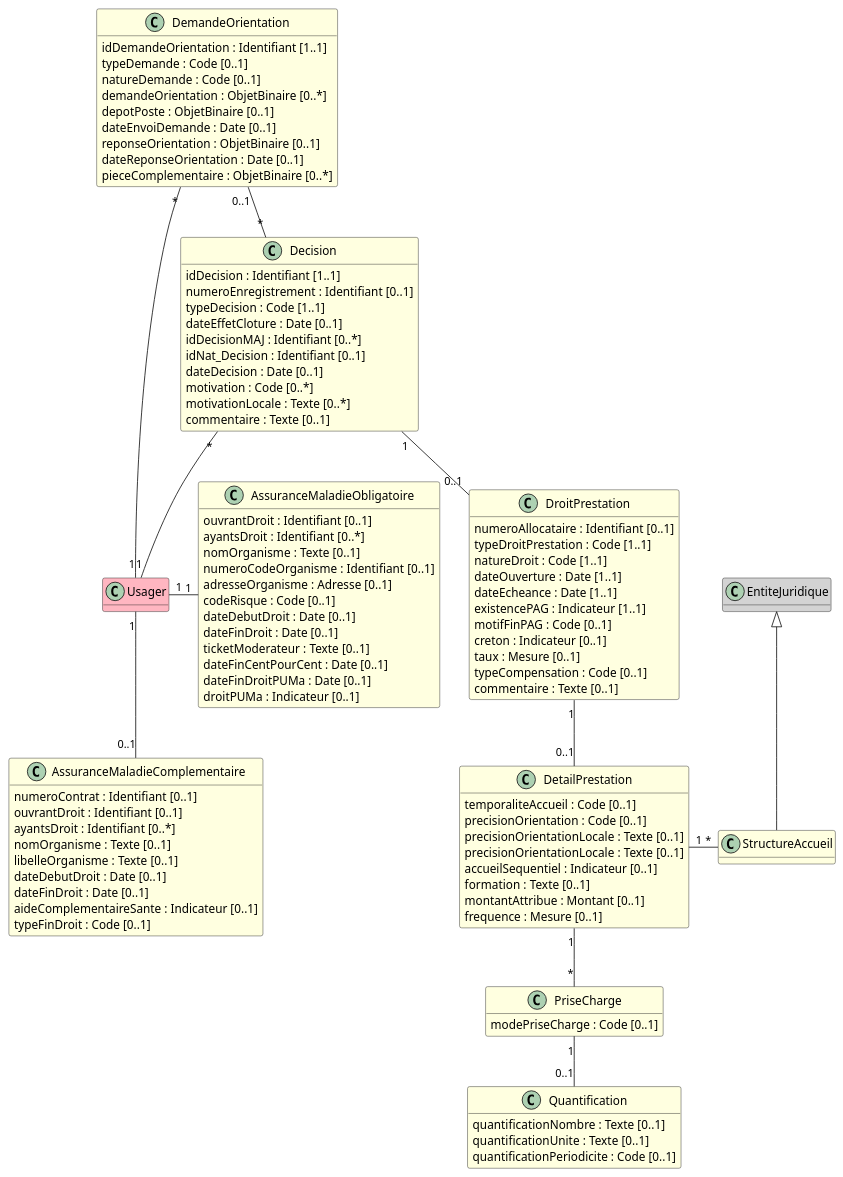
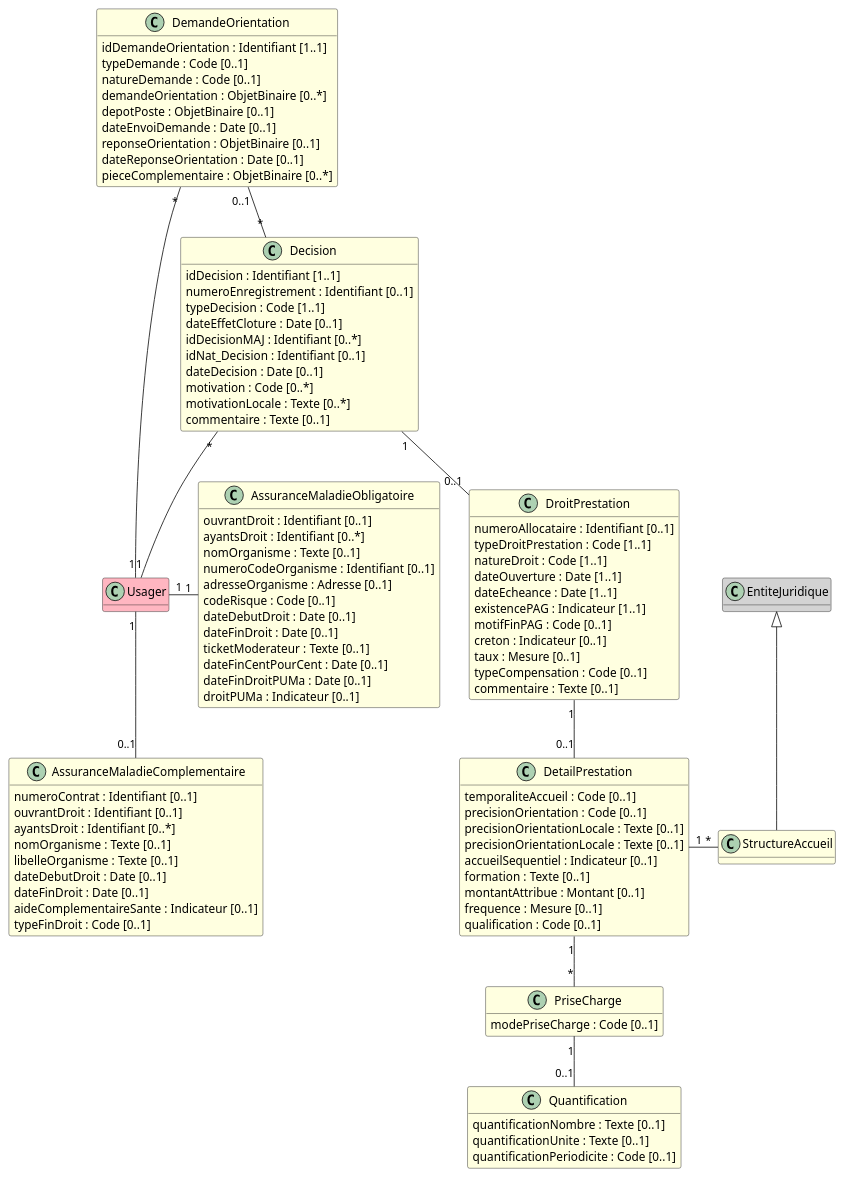
The diagram in input/images-source/bloc_droits_sociaux_sante.plantuml (ansforge/IG-fhir-medicosocial-transfert-donnees-dui), drawn with PlantUML before and after one commit. The commit also changed 1 other file, not shown here.

```diff
--- a/input/images-source/bloc_droits_sociaux_sante.plantuml
+++ b/input/images-source/bloc_droits_sociaux_sante.plantuml
@@ -1,113 +1,114 @@
 @startuml
 
 hide empty methods
 
 class Usager #LightPink
 
 class EntiteJuridique #LightGray
 class StructureAccueil #LightYellow
 
 class AssuranceMaladieComplementaire #LightYellow {
     numeroContrat : Identifiant [0..1]
     ouvrantDroit : Identifiant [0..1]
     ayantsDroit : Identifiant [0..*]
     nomOrganisme : Texte [0..1]
     libelleOrganisme : Texte [0..1]
     dateDebutDroit : Date [0..1]
     dateFinDroit : Date [0..1]
     aideComplementaireSante : Indicateur [0..1]
     typeFinDroit : Code [0..1]
 
 }
 
 class AssuranceMaladieObligatoire #LightYellow {
     ouvrantDroit : Identifiant [0..1]
     ayantsDroit : Identifiant [0..*]
     nomOrganisme : Texte [0..1]
     numeroCodeOrganisme : Identifiant [0..1]
     adresseOrganisme : Adresse [0..1]
     codeRisque : Code [0..1]
     dateDebutDroit : Date [0..1]
     dateFinDroit : Date [0..1]
     ticketModerateur : Texte [0..1]
     dateFinCentPourCent : Date [0..1]
     dateFinDroitPUMa : Date [0..1]
     droitPUMa : Indicateur [0..1]
 }
 
 class DemandeOrientation #LightYellow {
     idDemandeOrientation : Identifiant [1..1]
     typeDemande : Code [0..1] 
     natureDemande : Code [0..1] 
     demandeOrientation : ObjetBinaire [0..*]
     depotPoste : ObjetBinaire [0..1]
     dateEnvoiDemande : Date [0..1]
     reponseOrientation : ObjetBinaire [0..1]
     dateReponseOrientation : Date [0..1]
     pieceComplementaire : ObjetBinaire [0..*]
 }
 
 class Decision #LightYellow {
     idDecision : Identifiant [1..1]
     numeroEnregistrement : Identifiant [0..1]
     typeDecision : Code [1..1]
     dateEffetCloture : Date [0..1]
     idDecisionMAJ : Identifiant [0..*]
     idNat_Decision : Identifiant [0..1]
     dateDecision : Date [0..1]
     motivation : Code [0..*]
     motivationLocale : Texte [0..*]
     commentaire : Texte [0..1]
 }
 
 class DroitPrestation #LightYellow {
     numeroAllocataire : Identifiant [0..1]
     typeDroitPrestation : Code [1..1]
     natureDroit : Code [1..1]
     dateOuverture : Date [1..1]
     dateEcheance : Date [1..1]
     existencePAG : Indicateur [1..1]
     motifFinPAG : Code [0..1]
     creton : Indicateur [0..1]
     taux : Mesure [0..1] 
     typeCompensation : Code [0..1]
     commentaire : Texte [0..1]
 }
 
 class DetailPrestation #LightYellow {
     temporaliteAccueil : Code [0..1]
     precisionOrientation : Code [0..1]
     precisionOrientationLocale : Texte [0..1]
     precisionOrientationLocale : Texte [0..1]
     accueilSequentiel : Indicateur [0..1]
     formation : Texte [0..1]
     montantAttribue : Montant [0..1]
     frequence : Mesure [0..1]
+    qualification : Code [0..1]
 }
 
 class PriseCharge #LightYellow {
     modePriseCharge : Code [0..1]
 }
 
 class Quantification #LightYellow {
     quantificationNombre : Texte [0..1]
     quantificationUnite : Texte [0..1]
     quantificationPeriodicite : Code [0..1]
 }
 
 Decision "*" -- "1" Usager
 DemandeOrientation "*" - "1" Usager
 
 DemandeOrientation "0..1" -- "*" Decision
 
 Decision "1" -- "0..1" DroitPrestation
 
 DroitPrestation "1" -- "0..1" DetailPrestation
 EntiteJuridique <|-- StructureAccueil
 DetailPrestation "1" - "*" StructureAccueil
 DetailPrestation "1" -- "*" PriseCharge
 PriseCharge "1" -- "0..1" Quantification
 
 Usager "1" -- "0..1"  AssuranceMaladieComplementaire
 Usager "1" - "1" AssuranceMaladieObligatoire
 @enduml
```
